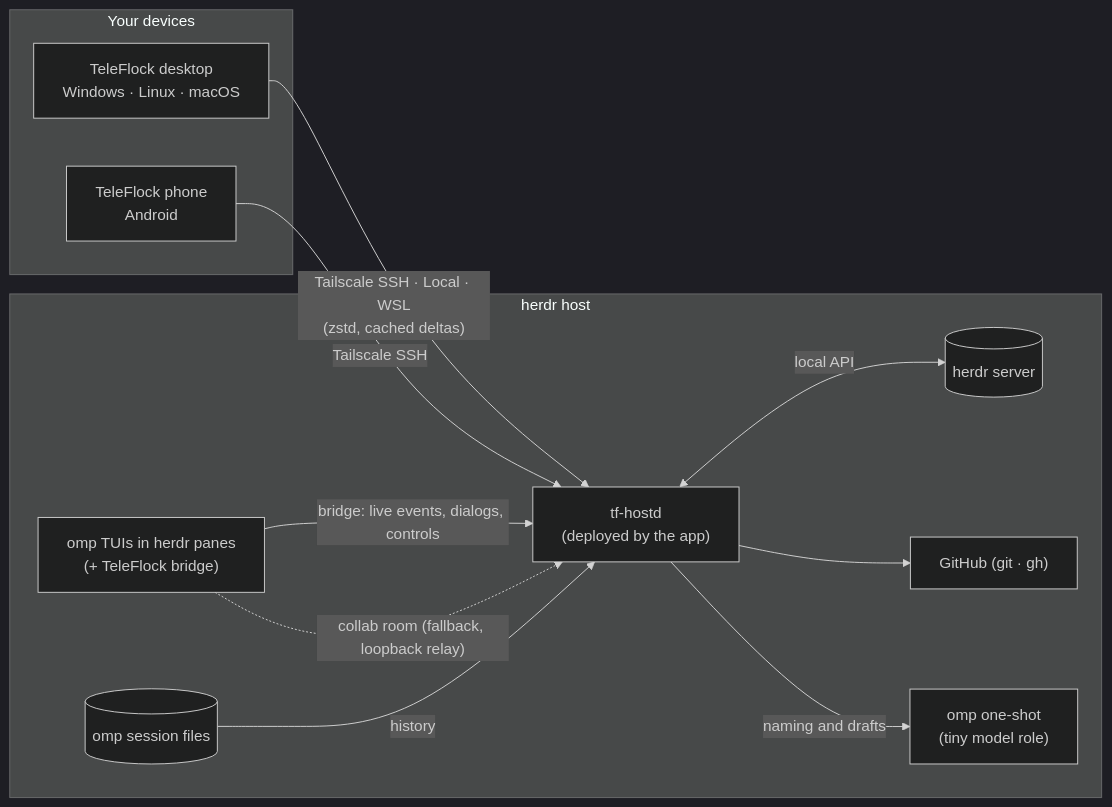
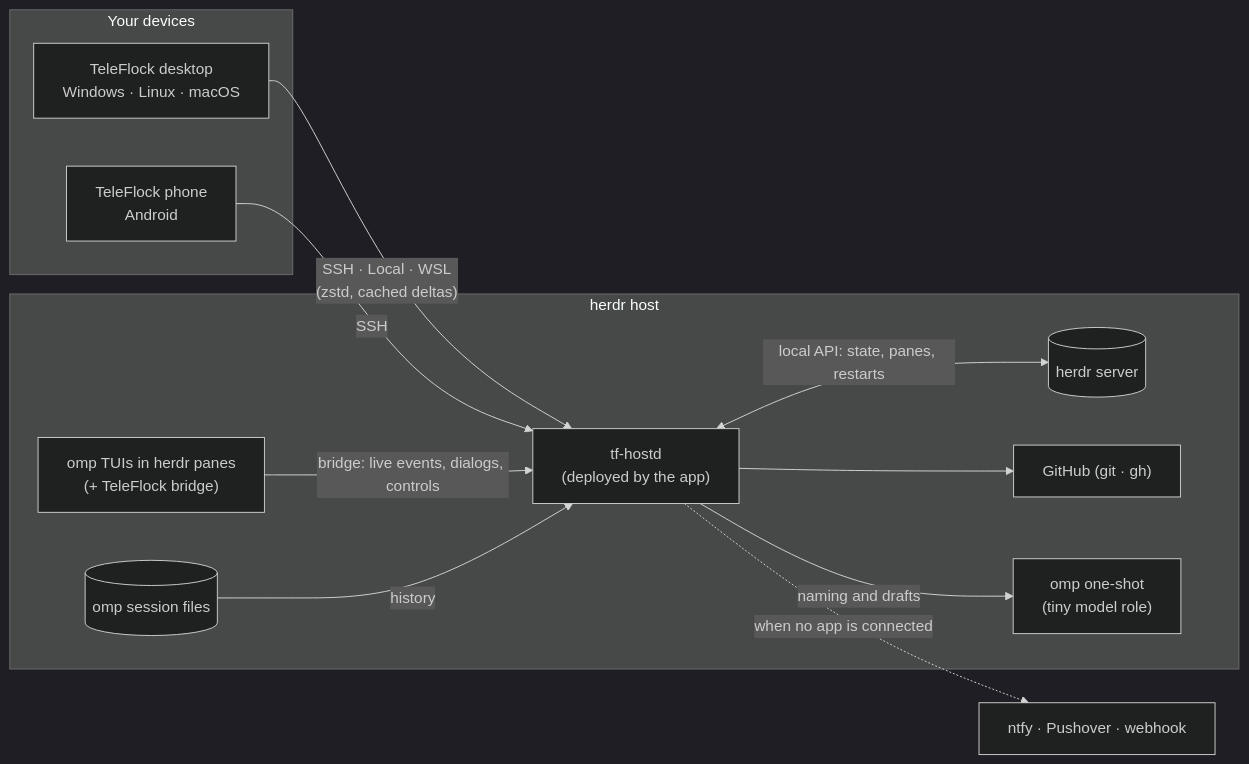
The diagram in README.md (studioplascode/TeleFlock), drawn with Mermaid (dark theme) before and after one commit. The commit also changed other lines of this file and 827 other files, not shown here.

````diff
--- a/README.md
+++ b/README.md
@@ -209,23 +232,24 @@
 ```mermaid
 flowchart LR
   subgraph devices["Your devices"]
     desk["TeleFlock desktop<br/>Windows · Linux · macOS"]
     phone["TeleFlock phone<br/>Android"]
   end
   subgraph host["herdr host"]
     hostd["tf-hostd<br/>(deployed by the app)"]
     omp["omp TUIs in herdr panes<br/>(+ TeleFlock bridge)"]
     files[("omp session files")]
     herdr[("herdr server")]
     gh["GitHub (git · gh)"]
     tiny["omp one-shot<br/>(tiny model role)"]
   end
-  desk -- "Tailscale SSH · Local · WSL<br/>(zstd, cached deltas)" --> hostd
-  phone -- "Tailscale SSH" --> hostd
+  push["ntfy · Pushover · webhook"]
+  desk -- "SSH · Local · WSL<br/>(zstd, cached deltas)" --> hostd
+  phone -- "SSH" --> hostd
   omp -- "bridge: live events, dialogs, controls" --> hostd
   files -- "history" --> hostd
-  omp -. "collab room (fallback, loopback relay)" .-> hostd
-  hostd <-- "local API" --> herdr
+  hostd <-- "local API: state, panes, restarts" --> herdr
   hostd --> gh
   hostd -- "naming and drafts" --> tiny
+  hostd -. "when no app is connected" .-> push
 ```
````
